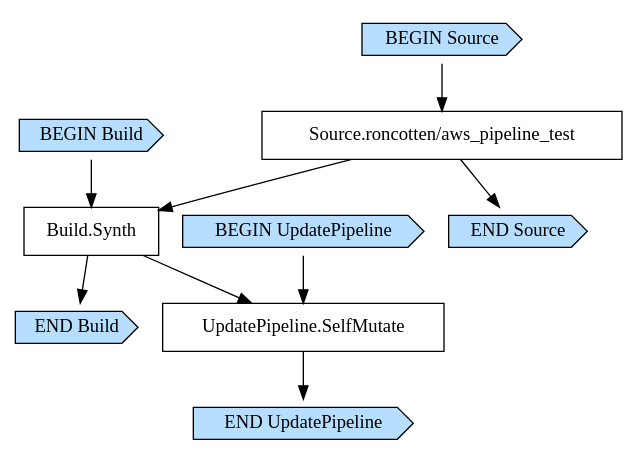
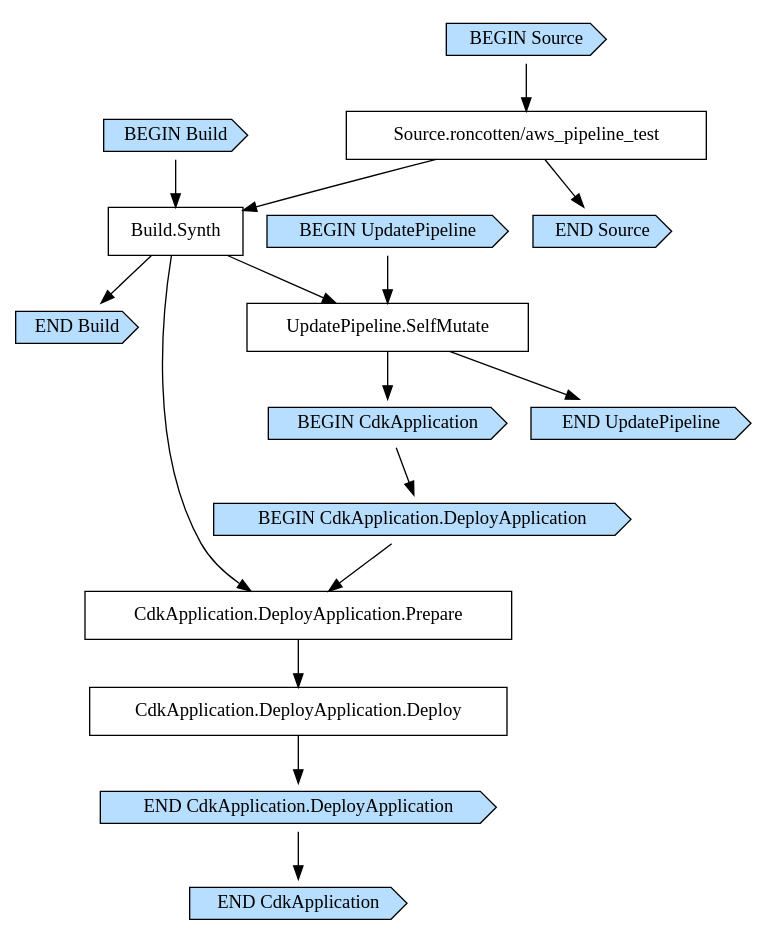
Before and after one commit to roncotten/aws_pipeline_test: the diagram in cdk.out/cdkpipelineC3976E41.dot, drawn with Graphviz. The commit also changed 12 other files, not shown here.

```diff
--- a/cdk.out/cdkpipelineC3976E41.dot
+++ b/cdk.out/cdkpipelineC3976E41.dot
@@ -1,24 +1,37 @@
 digraph G {
   # Arrows represent an "unlocks" relationship (opposite of dependency). So chosen
   # because the layout looks more natural that way.
   # To represent subgraph dependencies, subgraphs are represented by BEGIN/END nodes.
   # To render: `dot -Tsvg cdkpipelineC3976E41.dot > graph.svg`, open in a browser.
   node [shape="box"];
 "BEGIN Build" [shape="cds", style="filled", fillcolor="#b7deff"];
 "END Build" [shape="cds", style="filled", fillcolor="#b7deff"];
 "Build.Synth";
 "Source.roncotten/aws_pipeline_test" -> "Build.Synth";
 "BEGIN Build" -> "Build.Synth";
 "Build.Synth" -> "END Build";
 "BEGIN UpdatePipeline" [shape="cds", style="filled", fillcolor="#b7deff"];
 "END UpdatePipeline" [shape="cds", style="filled", fillcolor="#b7deff"];
 "UpdatePipeline.SelfMutate";
 "Build.Synth" -> "UpdatePipeline.SelfMutate";
 "BEGIN UpdatePipeline" -> "UpdatePipeline.SelfMutate";
 "UpdatePipeline.SelfMutate" -> "END UpdatePipeline";
+"BEGIN CdkApplication" [shape="cds", style="filled", fillcolor="#b7deff"];
+"END CdkApplication" [shape="cds", style="filled", fillcolor="#b7deff"];
+"UpdatePipeline.SelfMutate" -> "BEGIN CdkApplication";
+"BEGIN CdkApplication.DeployApplication" [shape="cds", style="filled", fillcolor="#b7deff"];
+"END CdkApplication.DeployApplication" [shape="cds", style="filled", fillcolor="#b7deff"];
+"CdkApplication.DeployApplication.Deploy";
+"CdkApplication.DeployApplication.Prepare" -> "CdkApplication.DeployApplication.Deploy";
+"CdkApplication.DeployApplication.Prepare";
+"Build.Synth" -> "CdkApplication.DeployApplication.Prepare";
+"BEGIN CdkApplication.DeployApplication" -> "CdkApplication.DeployApplication.Prepare";
+"CdkApplication.DeployApplication.Deploy" -> "END CdkApplication.DeployApplication";
+"BEGIN CdkApplication" -> "BEGIN CdkApplication.DeployApplication";
+"END CdkApplication.DeployApplication" -> "END CdkApplication";
 "BEGIN Source" [shape="cds", style="filled", fillcolor="#b7deff"];
 "END Source" [shape="cds", style="filled", fillcolor="#b7deff"];
 "Source.roncotten/aws_pipeline_test";
 "BEGIN Source" -> "Source.roncotten/aws_pipeline_test";
 "Source.roncotten/aws_pipeline_test" -> "END Source";
 }
```
